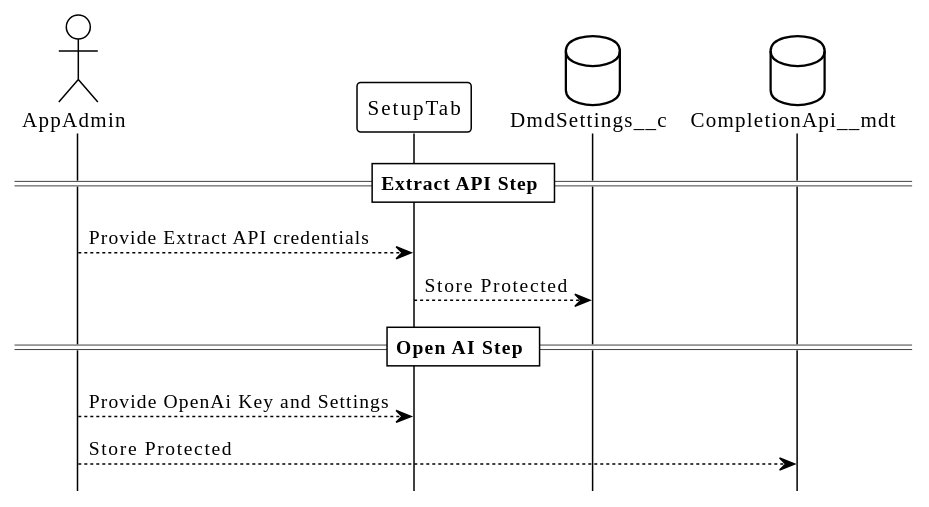
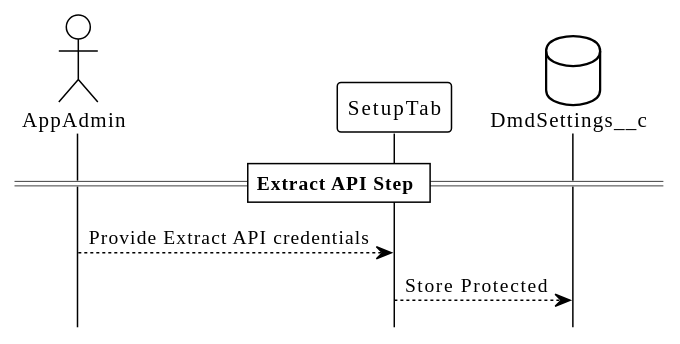
Before and after one commit to aquivalabs/document-mess-detector: the third of 8 diagrams in solution-design.md, drawn with PlantUML. The commit also changed other lines of this file and 36 other files, not shown here.

````diff
--- a/solution-design.md
+++ b/solution-design.md
@@ -121,18 +120,14 @@
 ```plantuml
     @startuml
     !theme plain
     hide footbox
 
     actor AppAdmin
     participant SetupTab
     database DmdSettings__c
-    database CompletionApi__mdt
 
     == Extract API Step ==
     AppAdmin --> SetupTab : Provide Extract API credentials
     SetupTab --> DmdSettings__c : Store Protected
-    == Open AI Step ==
-    AppAdmin --> SetupTab : Provide OpenAi Key and Settings
-    AppAdmin --> CompletionApi__mdt : Store Protected
     @enduml
 ```
````
